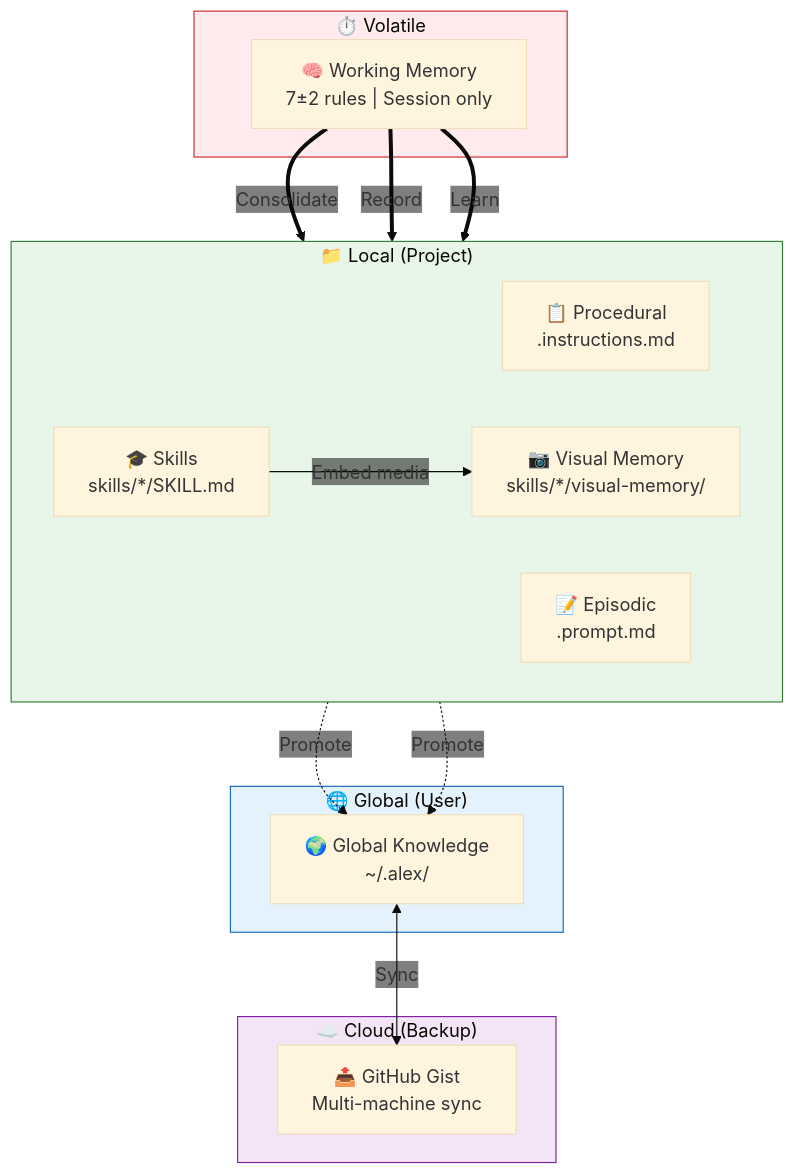
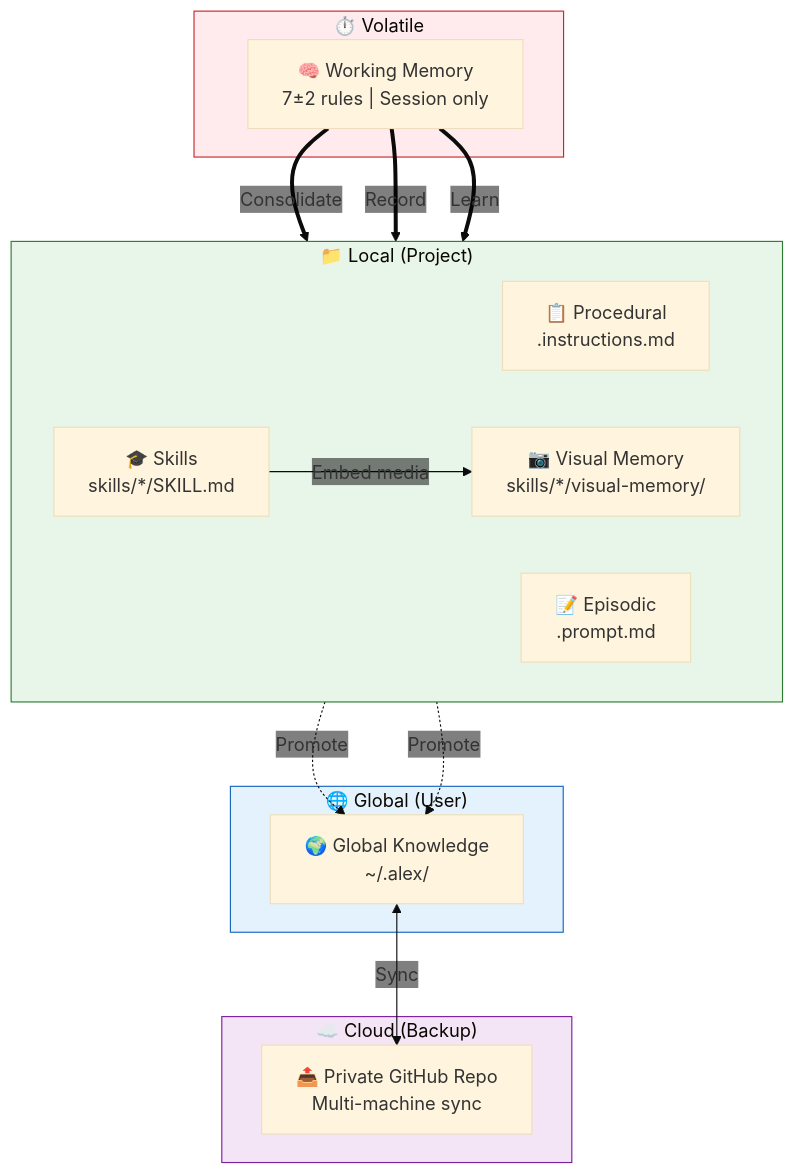
The first of 4 diagrams in alex_docs/architecture/MEMORY-SYSTEMS.md (fabioc-aloha/Alex_Plug_In), drawn with Mermaid before and after one commit. The commit also changed other lines of this file and 11 other files, not shown here.

First line of the commit message:
docs: replace GitHub Gist with private GitHub repo throughout

````diff
--- a/alex_docs/architecture/MEMORY-SYSTEMS.md
+++ b/alex_docs/architecture/MEMORY-SYSTEMS.md
@@ -13,38 +13,38 @@
 ```mermaid
 %%{init: {'theme': 'base', 'themeVariables': {'edgeLabelBackground': 'transparent'}}}%%
 flowchart TB
     subgraph WM_LAYER["⏱️ Volatile"]
         WM["🧠 Working Memory<br/>7±2 rules | Session only"]
     end
 
     subgraph LOCAL_LAYER["📁 Local (Project)"]
         direction LR
         PM["📋 Procedural<br/>.instructions.md"]
         EM["📝 Episodic<br/>.prompt.md"]
         SK["🎓 Skills<br/>skills/*/SKILL.md"]
         VM["📷 Visual Memory<br/>skills/*/visual-memory/"]
     end
 
     subgraph GLOBAL_LAYER["🌐 Global (User)"]
         GK["🌍 Global Knowledge<br/>~/.alex/"]
     end
 
     subgraph CLOUD_LAYER["☁️ Cloud (Backup)"]
-        GIST["📤 GitHub Gist<br/>Multi-machine sync"]
+        GIST["📤 Private GitHub Repo<br/>Multi-machine sync"]
     end
 
     WM ==>|Consolidate| PM
     WM ==>|Record| EM
     WM ==>|Learn| SK
     SK -->|Embed media| VM
 
     PM -.->|Promote| GK
     SK -.->|Promote| GK
 
     GK <-->|Sync| GIST
 
     style WM_LAYER fill:#ffebee,stroke:#c62828
     style LOCAL_LAYER fill:#e8f5e9,stroke:#2e7d32
     style GLOBAL_LAYER fill:#e3f2fd,stroke:#1565c0
     style CLOUD_LAYER fill:#f3e5f5,stroke:#7b1fa2
 ```
````
